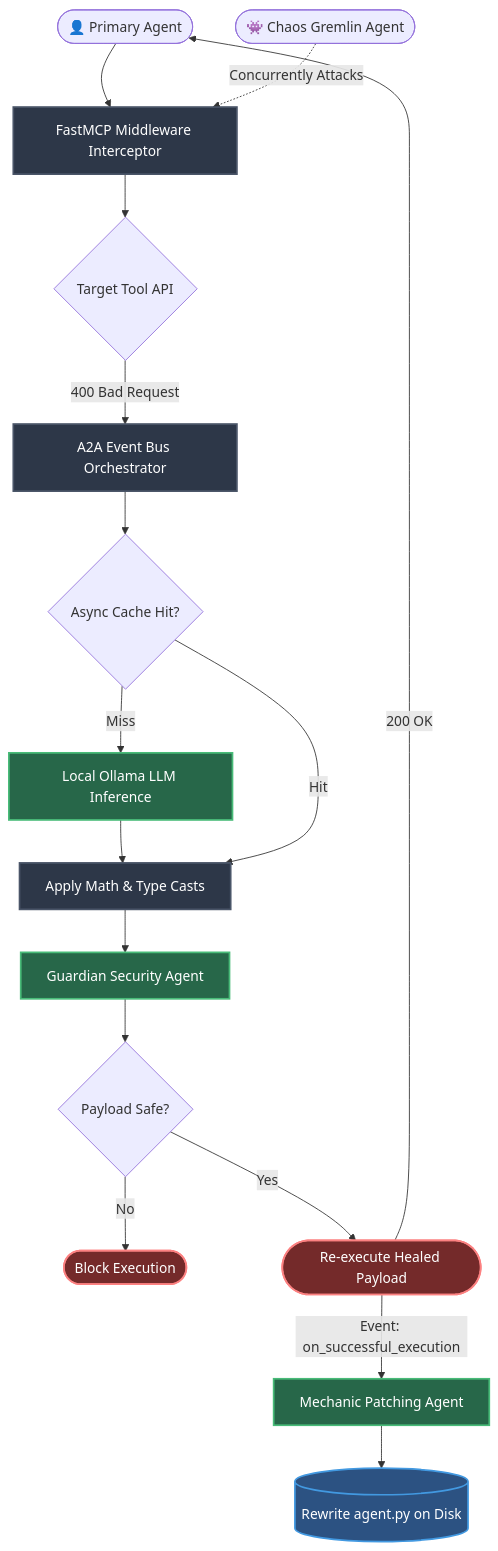
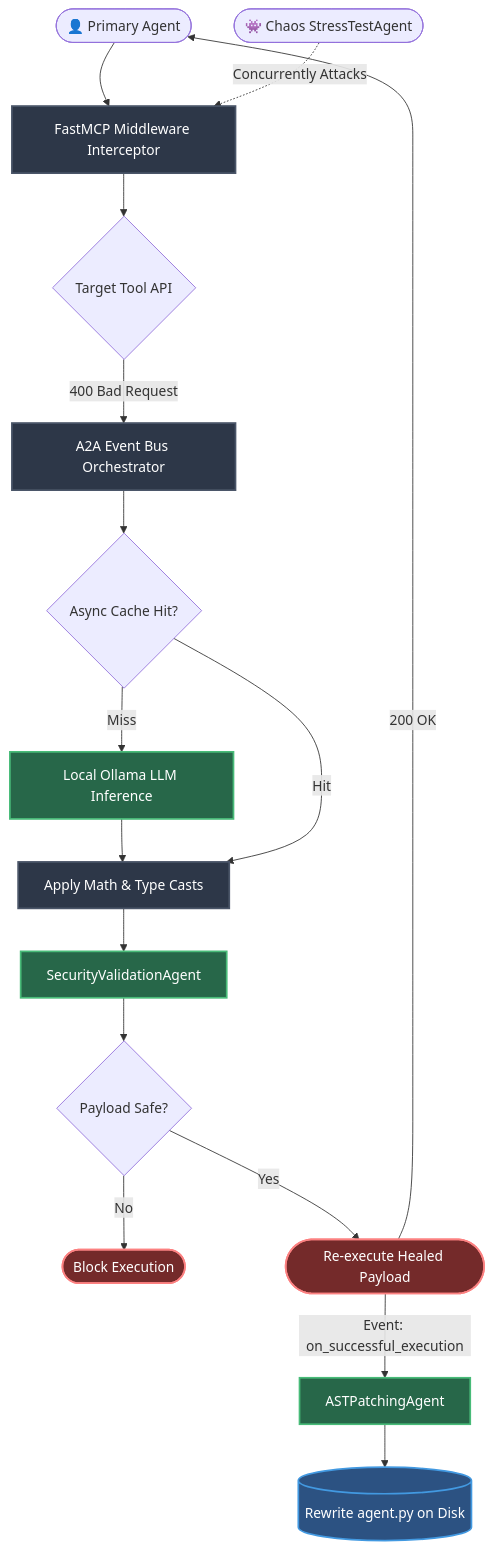
Before and after one commit to yaseenzj/Agent-Arc: the diagram in README.md, drawn with Mermaid. The commit also changed other lines of this file and 5 other files, not shown here.

````diff
--- a/README.md
+++ b/README.md
@@ -54,31 +54,31 @@
 ```mermaid
 graph TD
     %% Styling
     classDef stage fill:#2d3748,stroke:#4a5568,stroke-width:2px,color:#fff
     classDef db fill:#2c5282,stroke:#4299e1,stroke-width:2px,color:#fff
     classDef agent fill:#276749,stroke:#48bb78,stroke-width:2px,color:#fff
     classDef endpoint fill:#742a2a,stroke:#fc8181,stroke-width:2px,color:#fff
     
     Primary([👤 Primary Agent]) --> Interceptor[FastMCP Middleware Interceptor]:::stage
     
     Interceptor --> Target{Target Tool API}
     Target -- 400 Bad Request --> Engine[A2A Event Bus Orchestrator]:::stage
     
     Engine --> CacheCheck{Async Cache Hit?}
     CacheCheck -- Miss --> LLM[Local Ollama LLM Inference]:::agent
     LLM --> Transform[Apply Math & Type Casts]:::stage
     CacheCheck -- Hit --> Transform
     
-    Transform --> Guardian[Guardian Security Agent]:::agent
+    Transform --> Guardian[SecurityValidationAgent]:::agent
     
     Guardian --> Safe{Payload Safe?}
     Safe -- No --> Block([Block Execution]):::endpoint
     Safe -- Yes --> ReExecute([Re-execute Healed Payload]):::endpoint
     
     ReExecute -- 200 OK --> Primary
-    ReExecute -- Event: on_successful_execution --> Mechanic[Mechanic Patching Agent]:::agent
+    ReExecute -- Event: on_successful_execution --> Mechanic[ASTPatchingAgent]:::agent
     
     Mechanic --> Rewrite[(Rewrite agent.py on Disk)]:::db
     
-    Gremlin([👾 Chaos Gremlin Agent]) -. Concurrently Attacks .-> Interceptor
+    Gremlin([👾 Chaos StressTestAgent]) -. Concurrently Attacks .-> Interceptor
 ```
````
